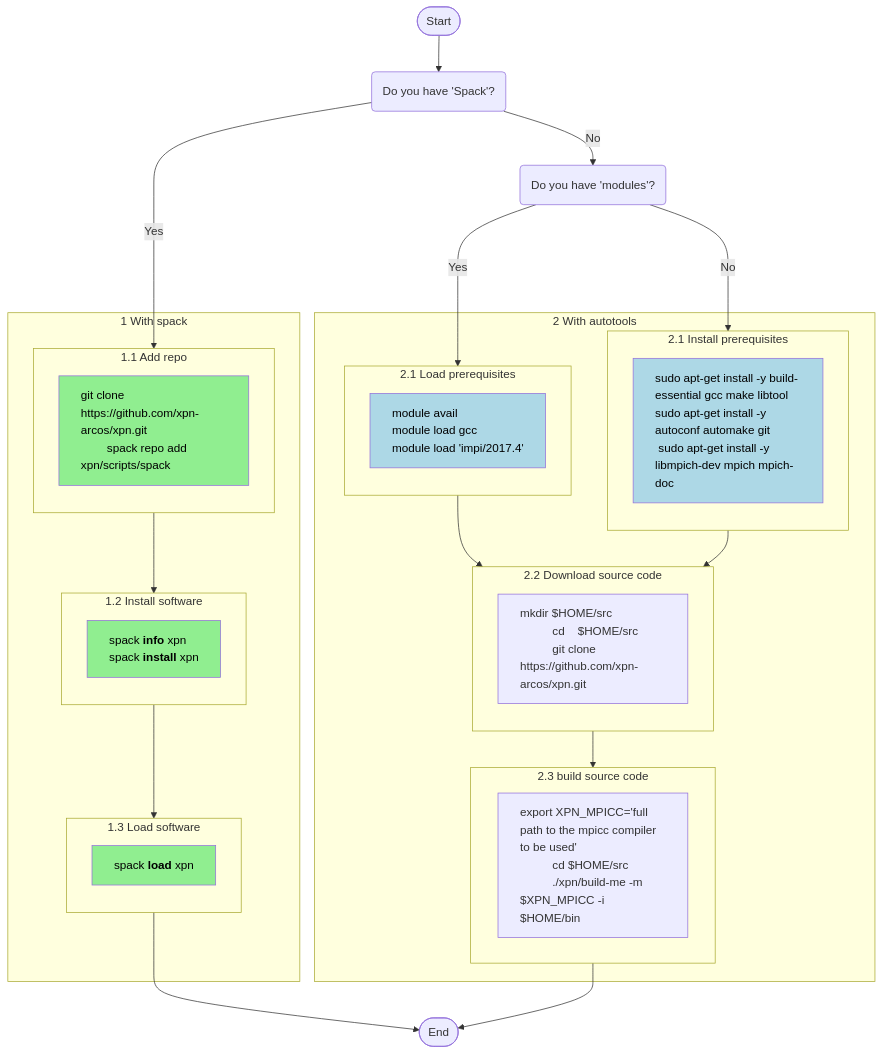
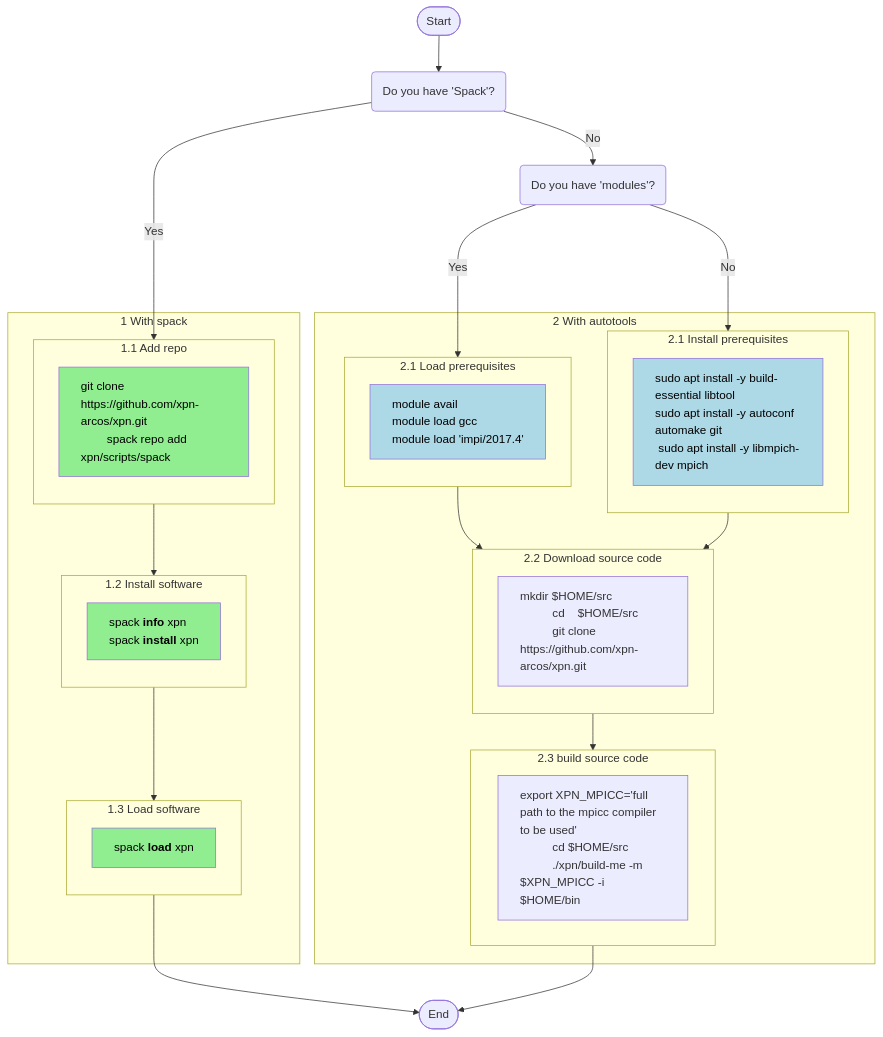
Before and after one commit to xpn-arcos/xpn: the first of 4 diagrams in README.md, drawn with Mermaid.

````diff
--- a/README.md
+++ b/README.md
@@ -73,65 +73,65 @@
   ```mermaid
   %% {init: {"flowchart": {"defaultRenderer": "elk"}} }%%
   flowchart TD
     A([Start]) --> B("Do you have 'Spack'?")
     B -- Yes --> ide11
     B -- No --> Y1("Do you have 'modules'?")
 
     %% (1) with spack
     subgraph ide1 [1 With spack]
     subgraph ide11 [1.1 Add repo]
        direction TB
        X1["git clone https://github.com/xpn-arcos/xpn.git 
           spack repo add xpn/scripts/spack"]
     end
     subgraph ide12 [1.2 Install software]
        direction TB
        X2["spack <b>info</b> xpn
           spack <b>install</b> xpn"]
     end
     subgraph ide13 [1.3 Load software]
        direction TB
        X3["spack <b>load</b> xpn"]
     end
     classDef lt text-align:left,fill:lightgreen,color:black; 
     class X1,X2,X3 lt;
     ide11 --> ide12
     ide12 --> ide13
     end
     ide13 --> I([End])
 
     Y1-- Yes --> ide21a
     Y1-- No ---> ide21b
     subgraph ide2 [2 With autotools]
     subgraph ide21a [2.1 Load prerequisites]
        direction TB
        Y1A["module avail <br> module load gcc<br> module load 'impi/2017.4'"]
     end
     subgraph ide21b [2.1 Install prerequisites]
        direction TB
-       Y1B["sudo apt-get install -y build-essential gcc make libtool<br>sudo apt-get install -y autoconf automake git<br> sudo apt-get install -y libmpich-dev mpich mpich-doc"]
+       Y1B["sudo apt install -y build-essential libtool<br>sudo apt install -y autoconf automake git<br> sudo apt install -y libmpich-dev mpich"]
     end
     subgraph ide22 [2.2 Download source code]
        direction TB
        Y2B["mkdir $HOME/src 
             cd    $HOME/src 
             git clone https://github.com/xpn-arcos/xpn.git"]
     end
     subgraph ide23 ["2.3 build source code"]
        direction LR
        Y3B["export XPN_MPICC='full path to the mpicc compiler to be used' 
             cd $HOME/src 
             ./xpn/build-me -m $XPN_MPICC -i $HOME/bin"]
     end
     ide21a --> ide22
     ide21b --> ide22
     ide22 --> ide23
 
     classDef lt2 text-align:left,fill:lightblue,color:black;
     class Y1A,Y1B lt2;
     classDef lt3 text-align:left;
     class Y2B,Y3B lt3;
     end
 
     Y3B --> I([End])
   ```
````
